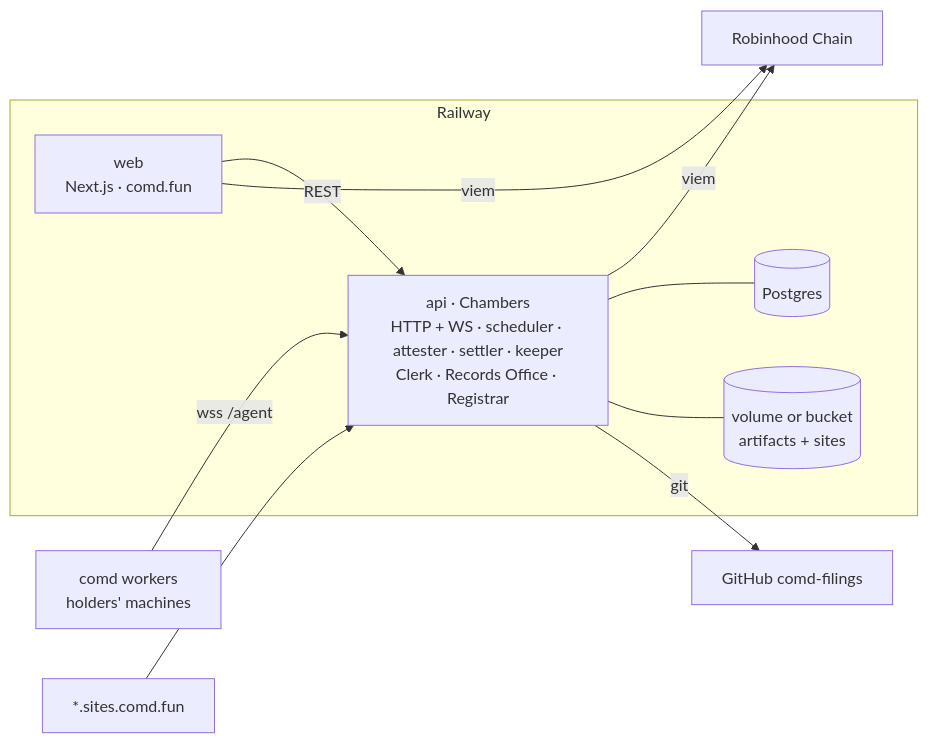
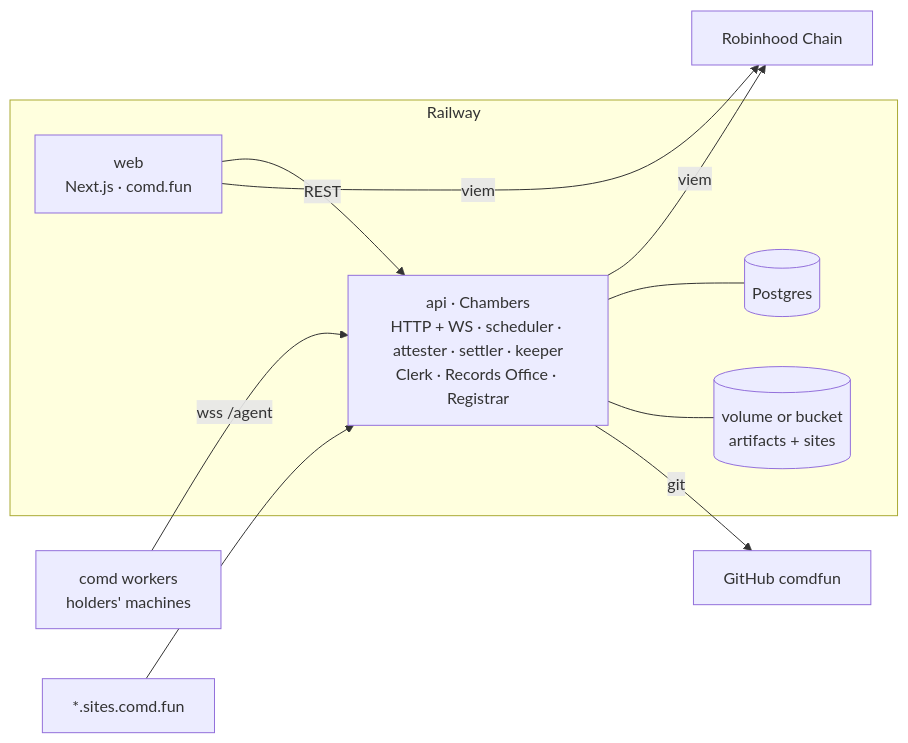
The third of 3 diagrams in README.md (comdfun/comdfun), drawn with Mermaid before and after one commit. The commit also changed other lines of this file and 128 other files, not shown here.

Commit message:
Pons mode: $COMD launched on Pons, tax-only flywheel, no own pool; deploy from GitHub Actions

````diff
--- a/README.md
+++ b/README.md
@@ -237,17 +226,17 @@
 ```mermaid
 flowchart LR
     subgraph Railway
       WEB["web<br/>Next.js · comd.fun"]
       API["api · Chambers<br/>HTTP + WS · scheduler · attester · settler · keeper<br/>Clerk · Records Office · Registrar"]
       PG[("Postgres")]
       ST[("volume or bucket<br/>artifacts + sites")]
     end
     W["comd workers<br/>holders' machines"] -->|"wss /agent"| API
     WEB -->|"REST"| API
     WEB -->|"viem"| RH["Robinhood Chain"]
     API -->|"viem"| RH
     API --- PG
     API --- ST
-    API -->|"git"| GH["GitHub comd-filings"]
+    API -->|"git"| GH["GitHub comdfun"]
     SITES["*.sites.comd.fun"] --> API
 ```
````
